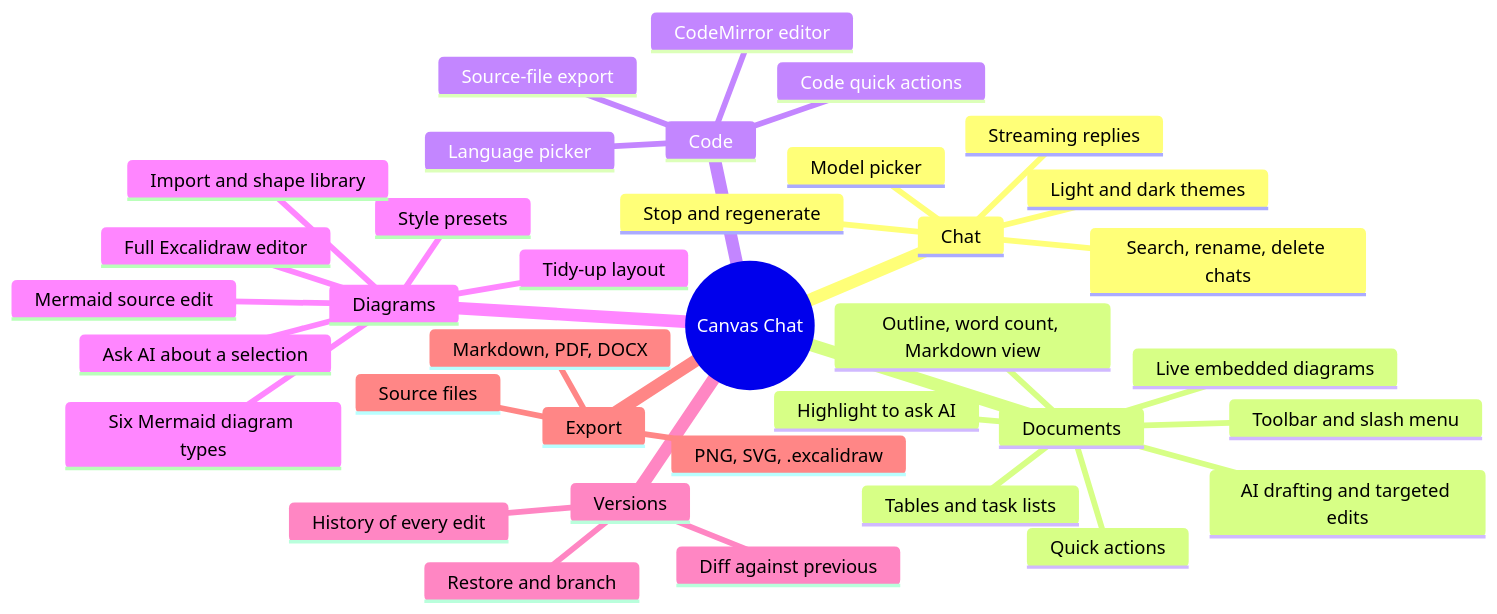
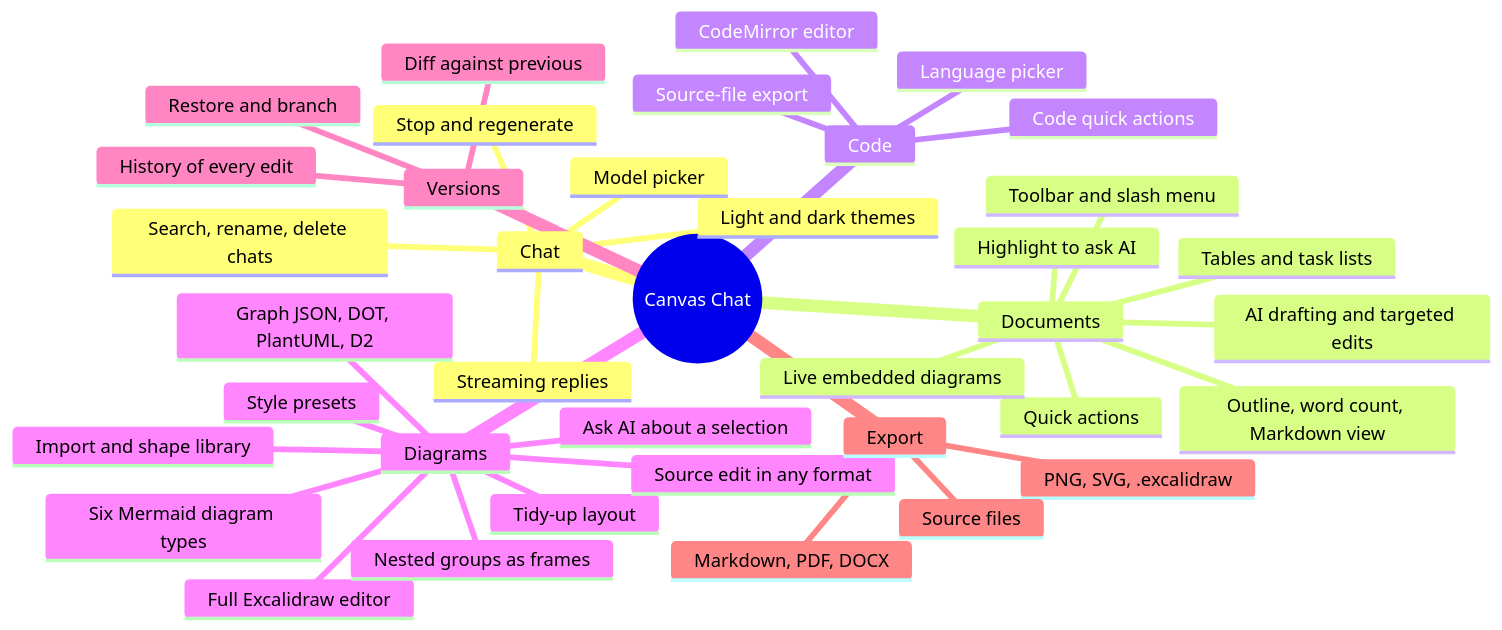
One commit to dkmiller321/canvas-chat changed the first of 3 diagrams in README.md. Above: the diagram before and after it, drawn with Mermaid. The commit also changed other lines of this file and 34 other files, not shown here.

First line of the commit message:
stage 16: diagrams from a JSON graph, Graphviz DOT, PlantUML and D2

````diff
--- a/README.md
+++ b/README.md
@@ -25,39 +25,41 @@
 ```mermaid
 mindmap
   root((Canvas Chat))
     Chat
       Streaming replies
       Model picker
       Stop and regenerate
       Search, rename, delete chats
       Light and dark themes
     Documents
       AI drafting and targeted edits
       Highlight to ask AI
       Quick actions
       Toolbar and slash menu
       Tables and task lists
       Live embedded diagrams
       Outline, word count, Markdown view
     Code
       CodeMirror editor
       Language picker
       Code quick actions
       Source-file export
     Diagrams
       Full Excalidraw editor
       Six Mermaid diagram types
+      Graph JSON, DOT, PlantUML, D2
+      Nested groups as frames
       Ask AI about a selection
       Style presets
       Tidy-up layout
-      Mermaid source edit
+      Source edit in any format
       Import and shape library
     Versions
       History of every edit
       Diff against previous
       Restore and branch
     Export
       Markdown, PDF, DOCX
       PNG, SVG, .excalidraw
       Source files
 ```
````
